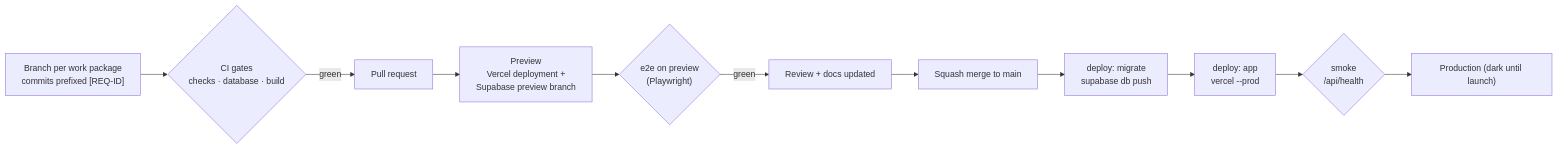
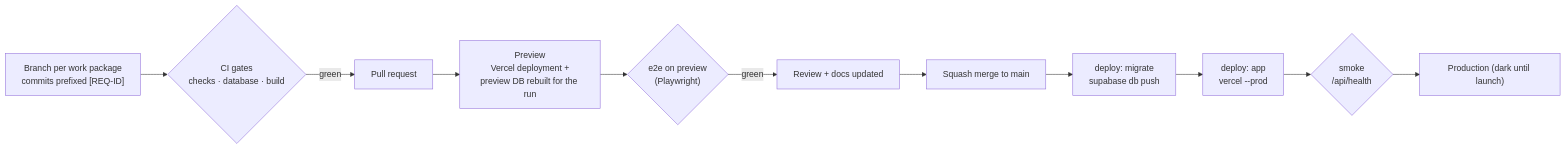
Before and after one commit to mronan83/Family-Hub: the tenth of 10 diagrams in docs/01-technical-architecture.md, drawn with Mermaid. The commit also changed other lines of this file and 13 other files, not shown here.

First line of the commit message:
[NFR-08][NFR-14][NFR-10] Run on free plans: shared preview database, keepalive, pooler migrations

````diff
--- a/docs/01-technical-architecture.md
+++ b/docs/01-technical-architecture.md
@@ -411,13 +412,13 @@
 ```mermaid
 flowchart LR
   dev["Branch per work package<br/>commits prefixed [REQ-ID]"] --> ci{"CI gates<br/>checks · database · build"}
   ci -->|green| pr["Pull request"]
-  pr --> prev["Preview<br/>Vercel deployment +<br/>Supabase preview branch"]
+  pr --> prev["Preview<br/>Vercel deployment +<br/>preview DB rebuilt for the run"]
   prev --> e2e{"e2e on preview<br/>(Playwright)"}
   e2e -->|green| rev["Review + docs updated"]
   rev --> merge["Squash merge to main"]
   merge --> mig["deploy: migrate<br/>supabase db push"]
   mig --> app["deploy: app<br/>vercel --prod"]
   app --> smoke{"smoke<br/>/api/health"}
   smoke --> dark["Production (dark until launch)"]
 ```
````
